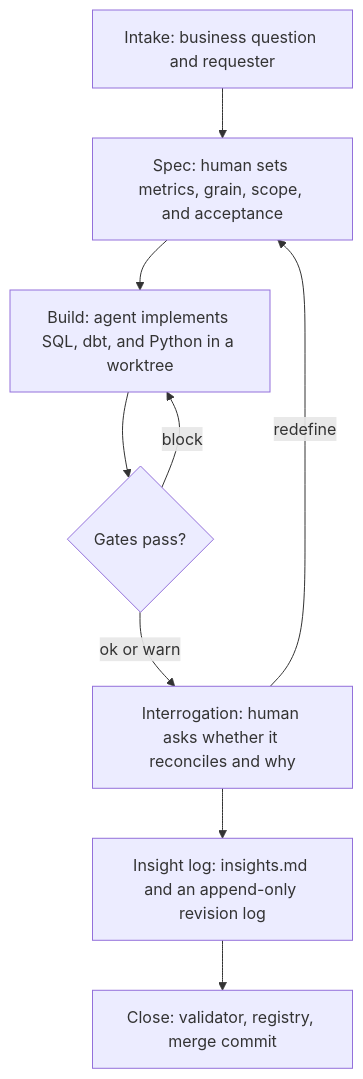
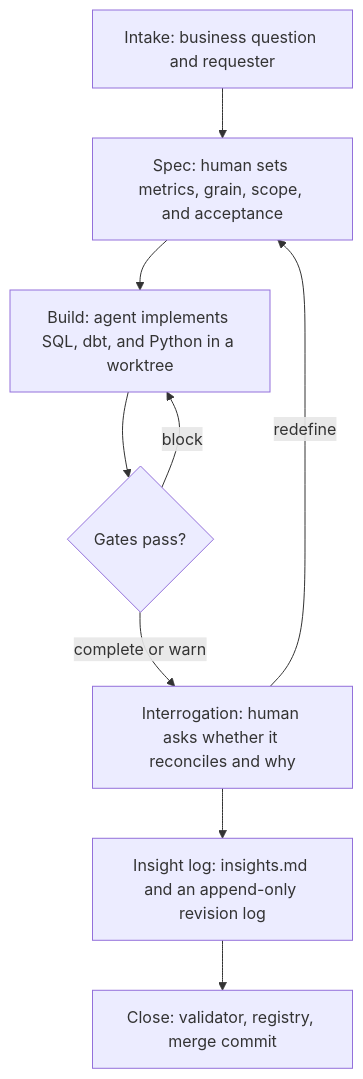
One commit to afonsoalrocha/analytics-hub-template changed the diagram in README.md. Above: the diagram before and after it, drawn with Mermaid. The commit also changed other lines of this file and 91 other files, not shown here.

````diff
--- a/README.md
+++ b/README.md
@@ -24,11 +24,11 @@
 ```mermaid
 flowchart TD
   A[Intake: business question and requester] --> B[Spec: human sets metrics, grain, scope, and acceptance]
   B --> C[Build: agent implements SQL, dbt, and Python in a worktree]
   C --> D{Gates pass?}
   D -->|block| C
-  D -->|ok or warn| E[Interrogation: human asks whether it reconciles and why]
+  D -->|complete or warn| E[Interrogation: human asks whether it reconciles and why]
   E -->|redefine| B
   E --> F[Insight log: insights.md and an append-only revision log]
   F --> G[Close: validator, registry, merge commit]
 ```
````
